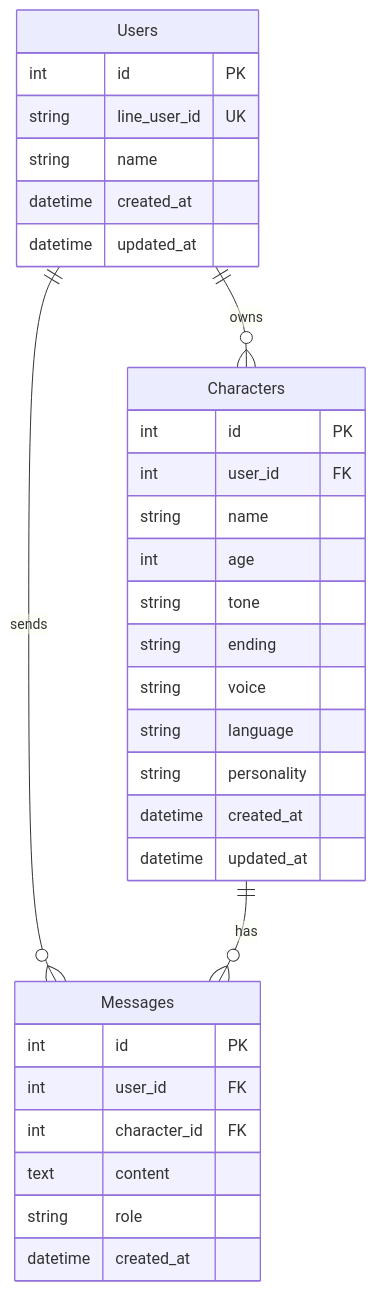
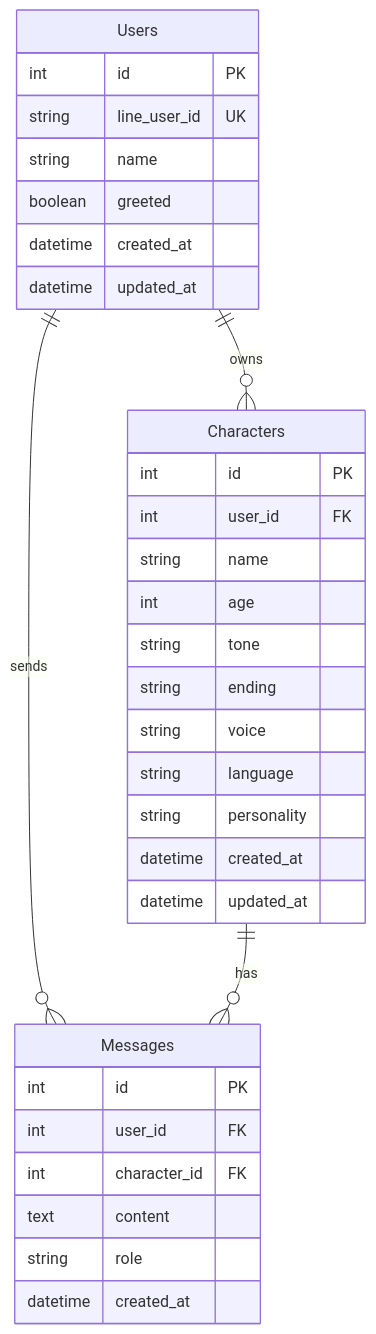
One commit to knumber02/AI-LINEbot changed the diagram in docs/database.md. Above: the diagram before and after it, drawn with Mermaid. The commit also changed other lines of this file, not shown here.

````diff
--- a/docs/database.md
+++ b/docs/database.md
@@ -4,35 +4,36 @@
 ```mermaid
 erDiagram
     Users ||--o{ Messages : sends
     Users ||--o{ Characters : owns
     Characters ||--o{ Messages : has
 
     Users {
         int id PK
         string line_user_id UK
         string name
+        boolean greeted
         datetime created_at
         datetime updated_at
     }
     Characters {
         int id PK
         int user_id FK
         string name
         int age
         string tone
         string ending
         string voice
         string language
         string personality
         datetime created_at
         datetime updated_at
     }
     Messages {
         int id PK
         int user_id FK
         int character_id FK
         text content
         string role
         datetime created_at
     }
 ```
````
